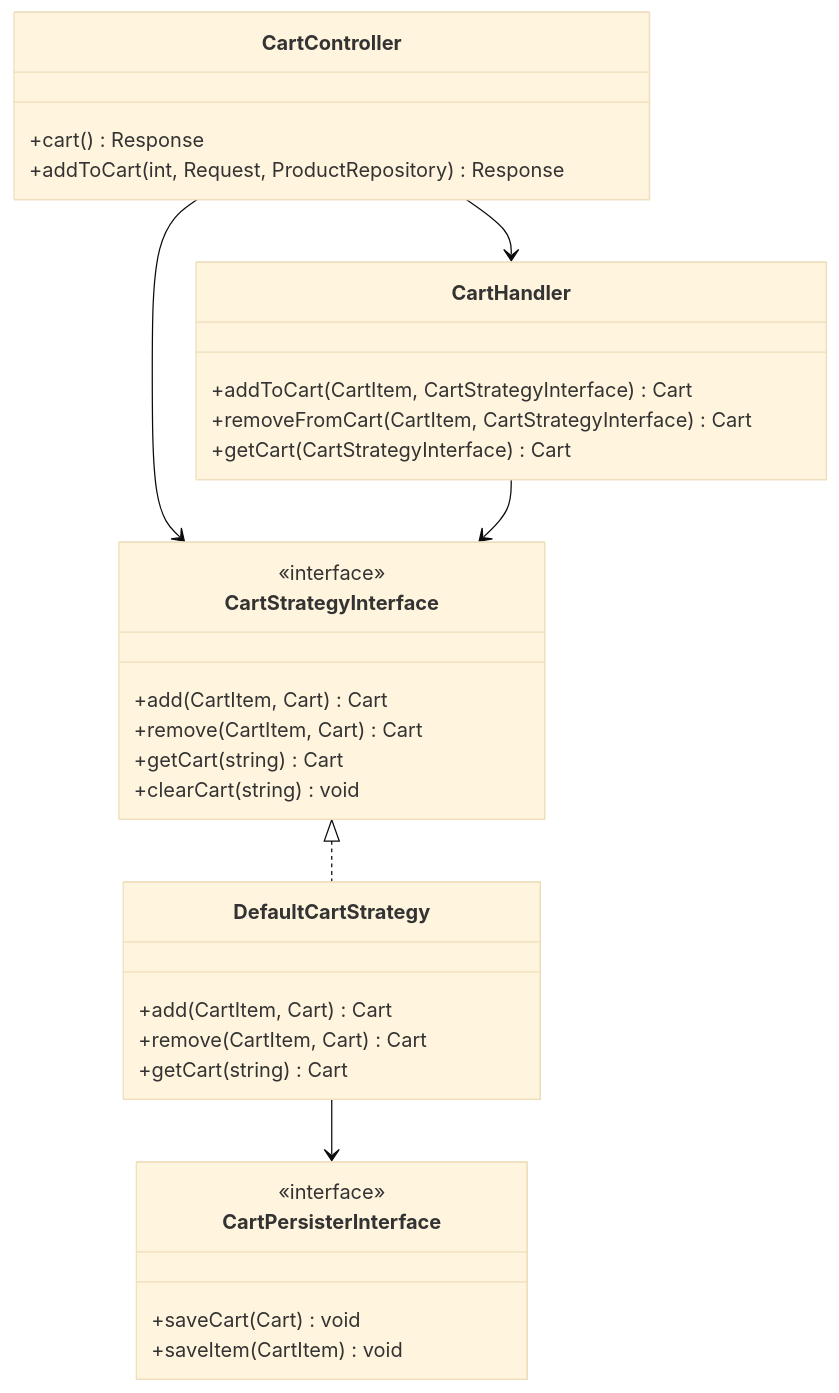
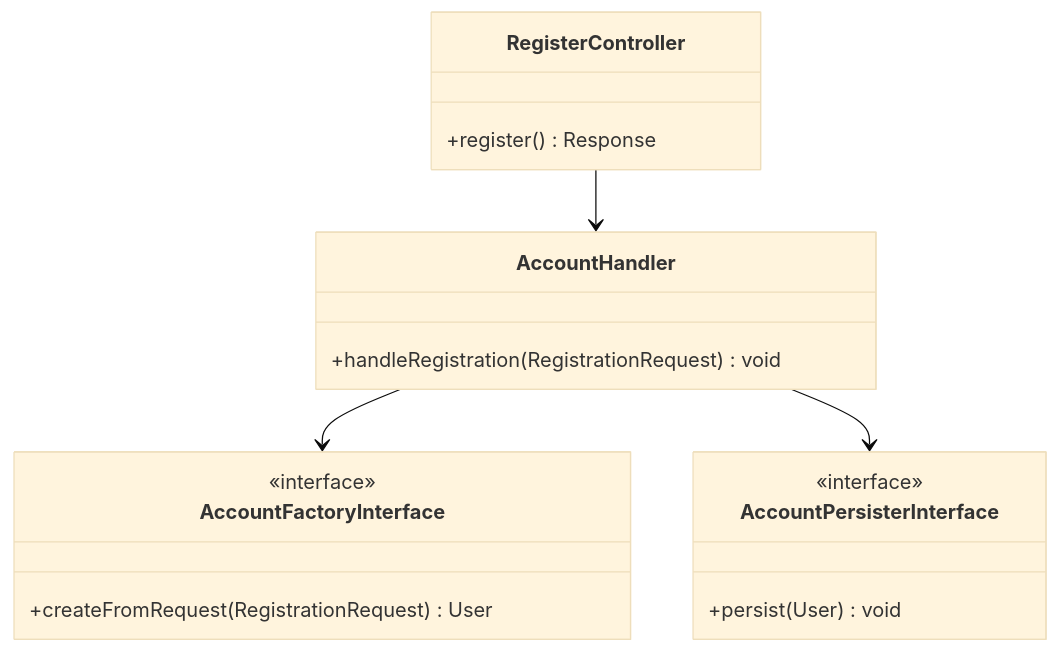
The second of 2 diagrams in README.md (mohammedkasmii/EcomSumfony), drawn with Mermaid (base theme) before and after one commit. The commit also changed other lines of this file, not shown here.

Commit message:
Update README.md to showcase architecture and TP compliance

````diff
--- a/README.md
+++ b/README.md
@@ -50,35 +75,21 @@
 ```mermaid
 classDiagram
-    class CartController {
-        +cart() Response
-        +addToCart(int, Request, ProductRepository) Response
+    class RegisterController {
+        +register() Response
     }
-    class CartHandler {
-        +addToCart(CartItem, CartStrategyInterface) Cart
-        +removeFromCart(CartItem, CartStrategyInterface) Cart
-        +getCart(CartStrategyInterface) Cart
+    class AccountHandler {
+        +handleRegistration(RegistrationRequest) void
     }
-    class CartStrategyInterface {
+    class AccountFactoryInterface {
         <<interface>>
-        +add(CartItem, Cart) Cart
-        +remove(CartItem, Cart) Cart
-        +getCart(string) Cart
-        +clearCart(string) void
+        +createFromRequest(RegistrationRequest) User
     }
-    class DefaultCartStrategy {
-        +add(CartItem, Cart) Cart
-        +remove(CartItem, Cart) Cart
-        +getCart(string) Cart
-    }
-    class CartPersisterInterface {
+    class AccountPersisterInterface {
         <<interface>>
-        +saveCart(Cart) void
-        +saveItem(CartItem) void
+        +persist(User) void
     }
 
-    CartController --> CartHandler
-    CartController --> CartStrategyInterface
-    CartHandler --> CartStrategyInterface
-    CartStrategyInterface <|.. DefaultCartStrategy
-    DefaultCartStrategy --> CartPersisterInterface
+    RegisterController --> AccountHandler
+    AccountHandler --> AccountFactoryInterface
+    AccountHandler --> AccountPersisterInterface
 ```
````
